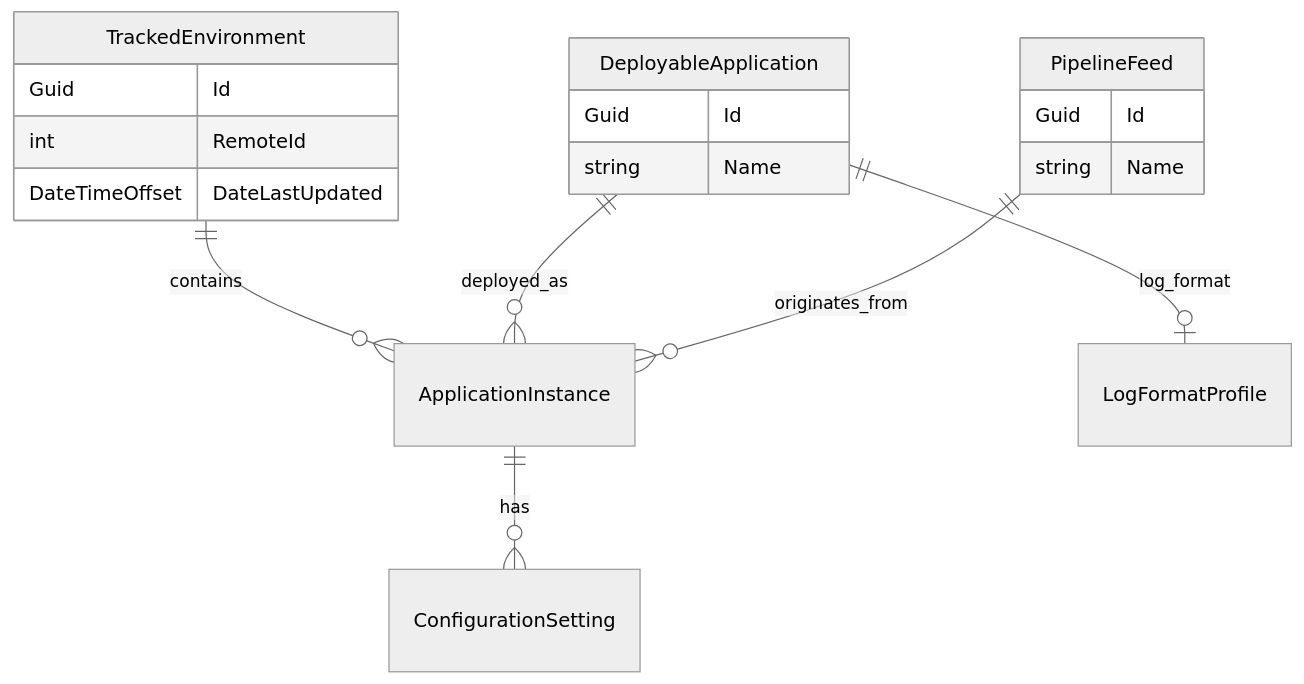
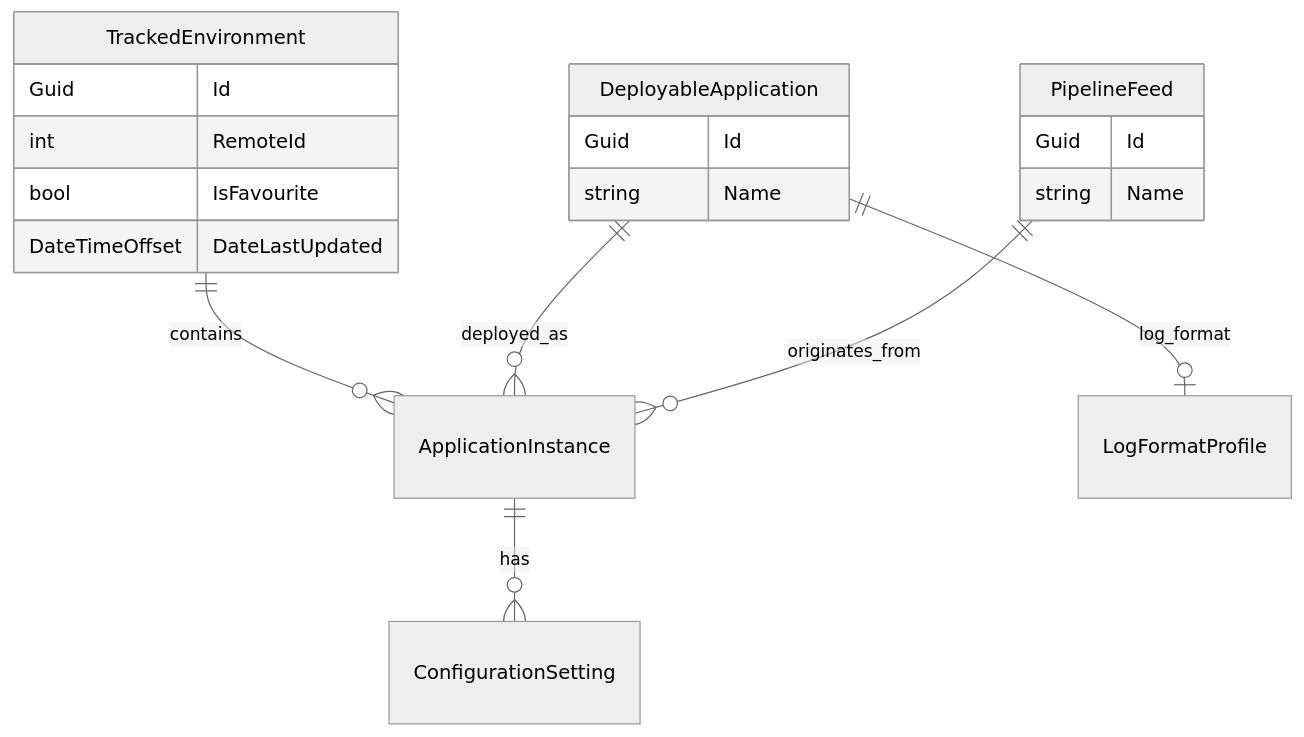
Before and after one commit to e-manual-goldstein/digital-services-dev-dash: the diagram in docs/backlog.md, drawn with Mermaid (neutral theme). The commit also changed other lines of this file and 9 other files, not shown here.

````diff
--- a/docs/backlog.md
+++ b/docs/backlog.md
@@ -68,21 +70,22 @@
 ```mermaid
 erDiagram
     TrackedEnvironment ||--o{ ApplicationInstance : contains
     DeployableApplication ||--o{ ApplicationInstance : deployed_as
     PipelineFeed ||--o{ ApplicationInstance : originates_from
     DeployableApplication ||--o| LogFormatProfile : log_format
     ApplicationInstance ||--o{ ConfigurationSetting : has
     TrackedEnvironment {
         Guid Id
         int RemoteId
+        bool IsFavourite
         DateTimeOffset DateLastUpdated
     }
     PipelineFeed {
         Guid Id
         string Name
     }
     DeployableApplication {
         Guid Id
         string Name
     }
 ```
````
